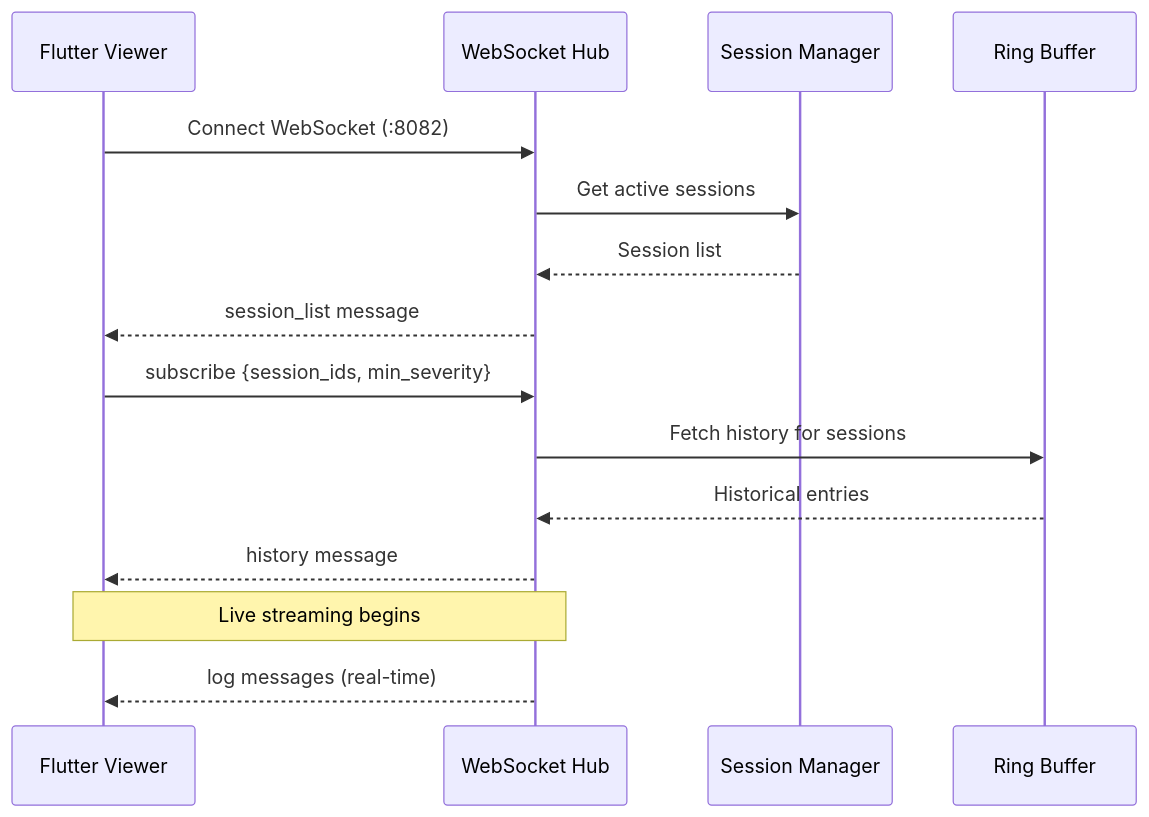
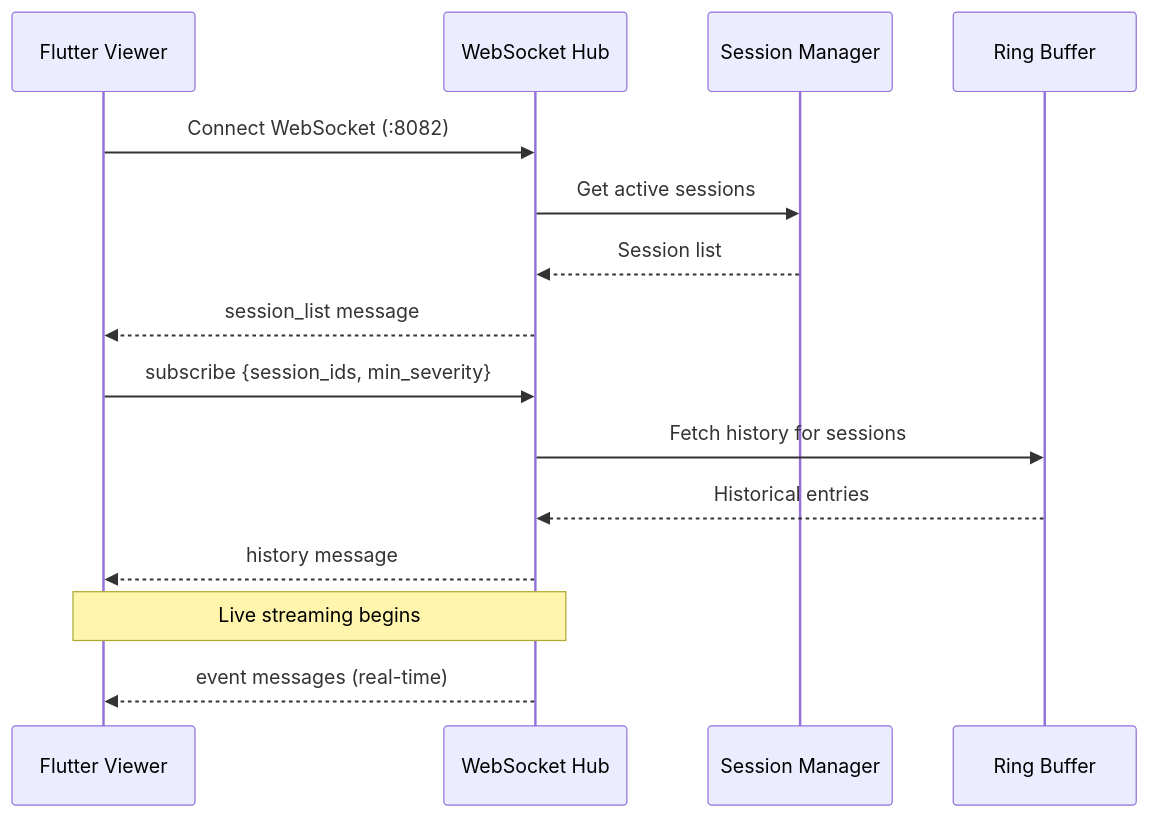
Before and after one commit to toonvanvr/logger: the third of 3 diagrams in docs/architecture/README.md, drawn with Mermaid. The commit also changed 8 other files, not shown here.

````diff
--- a/docs/architecture/README.md
+++ b/docs/architecture/README.md
@@ -139,18 +139,18 @@
 ```mermaid
 sequenceDiagram
     participant V as Flutter Viewer
     participant WS as WebSocket Hub
     participant SM as Session Manager
     participant RB as Ring Buffer
 
     V->>WS: Connect WebSocket (:8082)
     WS->>SM: Get active sessions
     SM-->>WS: Session list
     WS-->>V: session_list message
     V->>WS: subscribe {session_ids, min_severity}
     WS->>RB: Fetch history for sessions
     RB-->>WS: Historical entries
     WS-->>V: history message
     Note over WS,V: Live streaming begins
-    WS-->>V: log messages (real-time)
+    WS-->>V: event messages (real-time)
 ```
````
